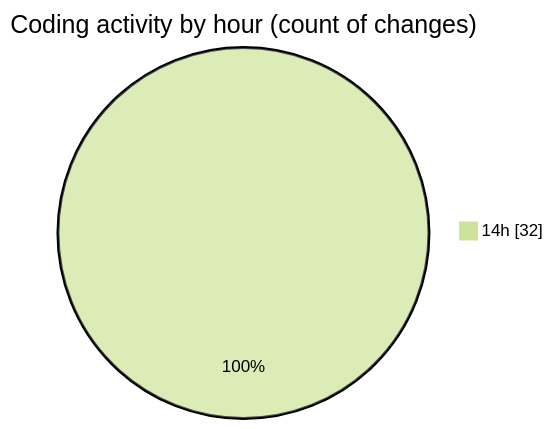
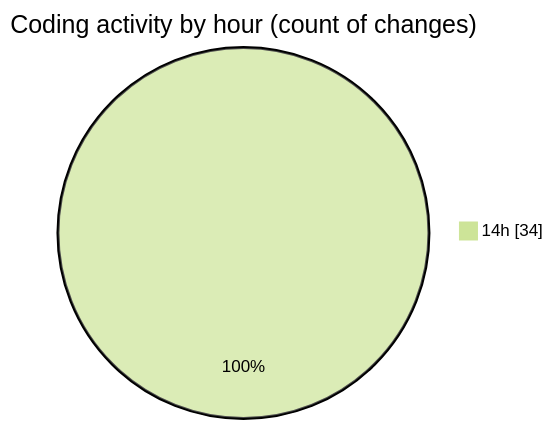
One commit to CELIANVF/code-tracking changed the second of 2 diagrams in 2025-04-03/projet_de_base/README.md. Above: the diagram before and after it, drawn with Mermaid (forest theme). The commit also changed other lines of this file and 1 other file, not shown here.

````diff
--- a/2025-04-03/projet_de_base/README.md
+++ b/2025-04-03/projet_de_base/README.md
@@ -33,5 +33,5 @@
 ```mermaid
 pie showData
 title Coding activity by hour (count of changes)
-"14h" : 32
+"14h" : 34
 ```
````
